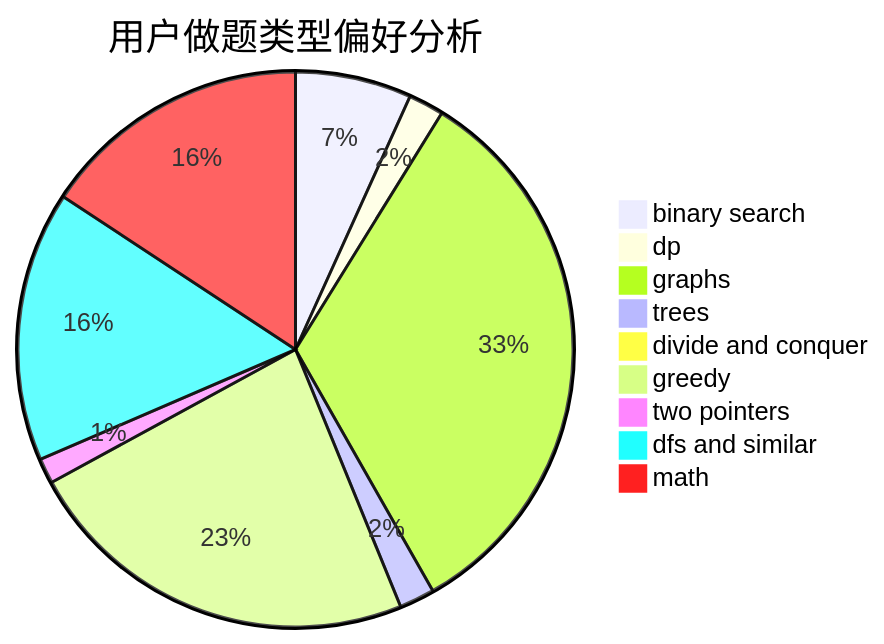
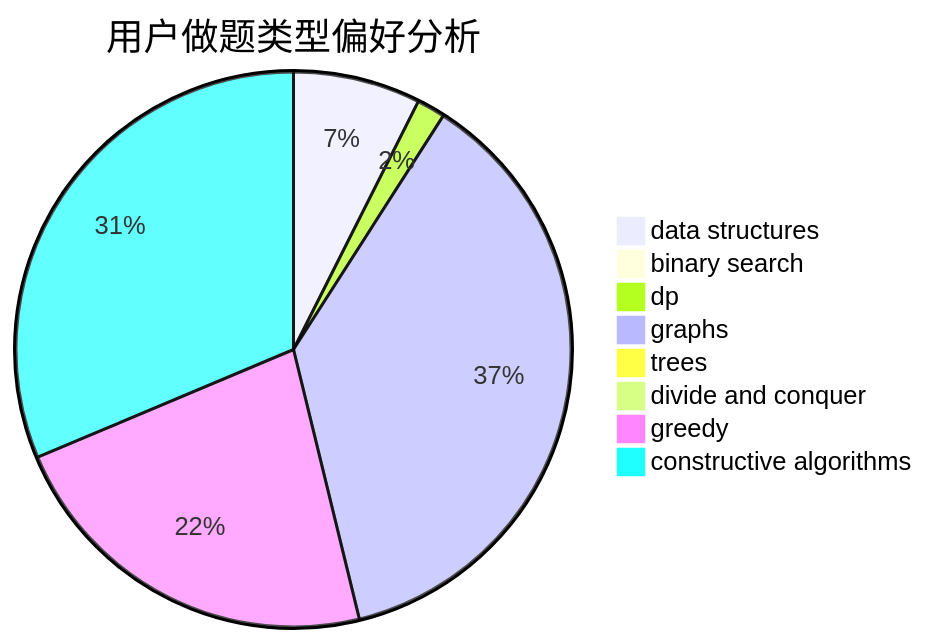
The second of 3 diagrams in docs/user/u1011.md (sherpahu/cfrs.github.io), drawn with Mermaid before and after one commit. The commit also changed other lines of this file and 2775 other files, not shown here.

````diff
--- a/docs/user/u1011.md
+++ b/docs/user/u1011.md
@@ -23,12 +23,11 @@
 ```mermaid
 pie title 用户做题类型偏好分析
-    "binary search" :  46
-    "dp" :  14
-    "graphs" :  224
-    "trees" :  14
+    "data structures" :  36
+    "binary search" :  0
+    "dp" :  8
+    "graphs" :  180
+    "trees" :  4
     "divide and conquer" :  0
-    "greedy" :  158
-    "two pointers" :  10
-    "dfs and similar" :  107
-    "math" :  107
+    "greedy" :  109
+    "constructive algorithms" :  152
 ```
````
